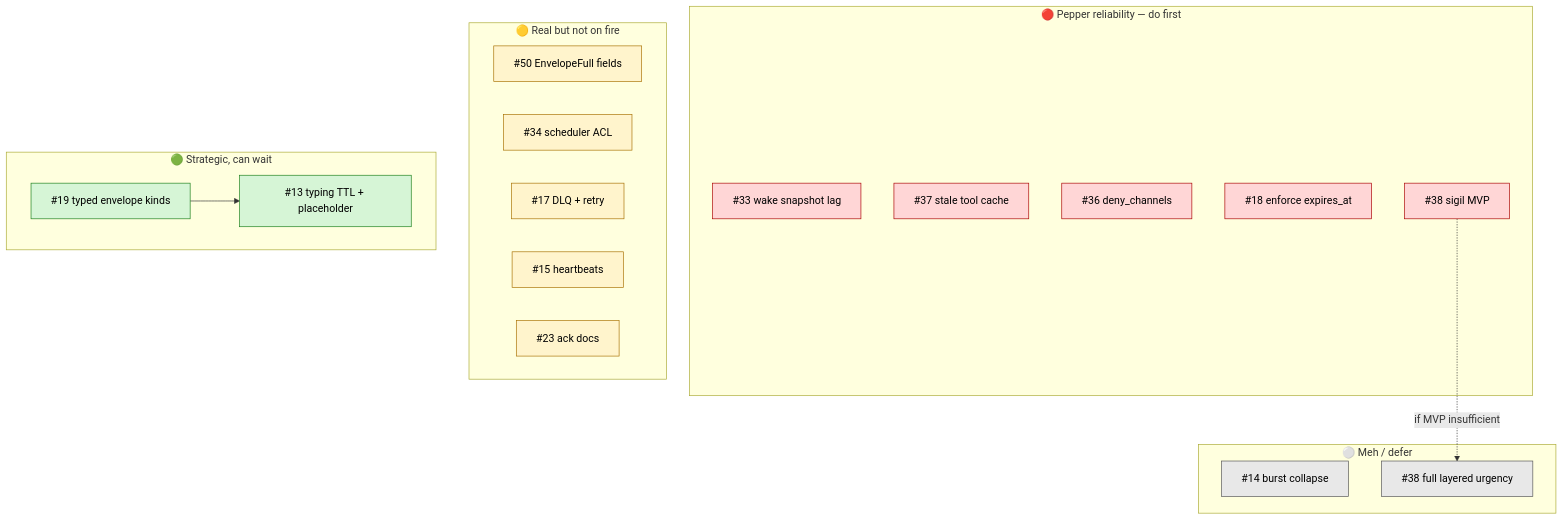
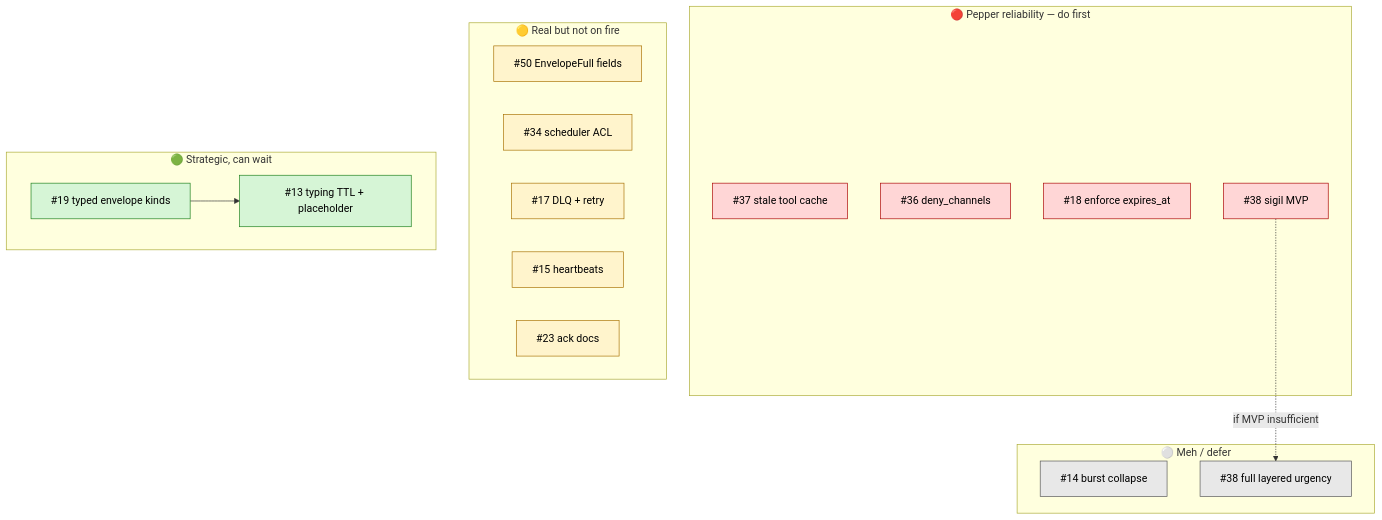
The diagram in docs/superpowers/plans/2026-05-07-open-issues-cleanup-roadmap.md (jeffrichley/agent_core), drawn with Mermaid before and after one commit. The commit also changed other lines of this file, not shown here.

First line of the commit message:
docs(roadmap): mark #33 wake snapshot lag closed (PR #65)

````diff
--- a/docs/superpowers/plans/2026-05-07-open-issues-cleanup-roadmap.md
+++ b/docs/superpowers/plans/2026-05-07-open-issues-cleanup-roadmap.md
@@ -35,36 +35,35 @@
 ```mermaid
 flowchart TD
     classDef red fill:#ffd6d6,stroke:#a00,color:#000
     classDef yellow fill:#fff4cc,stroke:#a87000,color:#000
     classDef green fill:#d6f5d6,stroke:#1a7f1a,color:#000
     classDef gray fill:#e8e8e8,stroke:#555,color:#000
 
     subgraph RED["🔴 Pepper reliability — do first"]
-        I33["#33 wake snapshot lag"]:::red
         I37["#37 stale tool cache"]:::red
         I36["#36 deny_channels"]:::red
         I18["#18 enforce expires_at"]:::red
         I38m["#38 sigil MVP"]:::red
     end
 
     subgraph YELLOW["🟡 Real but not on fire"]
         I50["#50 EnvelopeFull fields"]:::yellow
         I34["#34 scheduler ACL"]:::yellow
         I17["#17 DLQ + retry"]:::yellow
         I15["#15 heartbeats"]:::yellow
         I23["#23 ack docs"]:::yellow
     end
 
     subgraph GREEN["🟢 Strategic, can wait"]
         I19["#19 typed envelope kinds"]:::green
         I13["#13 typing TTL + placeholder"]:::green
     end
 
     subgraph GRAY["⚪ Meh / defer"]
         I14["#14 burst collapse"]:::gray
         I38f["#38 full layered urgency"]:::gray
     end
 
     I19 --> I13
     I38m -.if MVP insufficient.-> I38f
 ```
````
